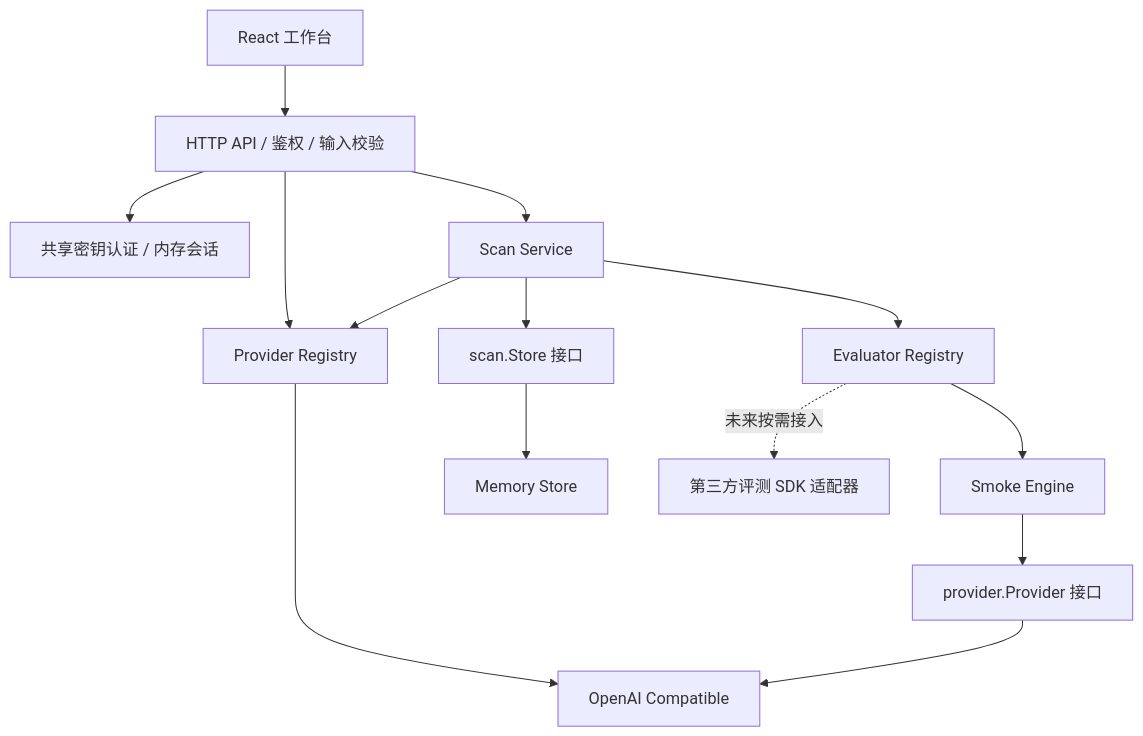
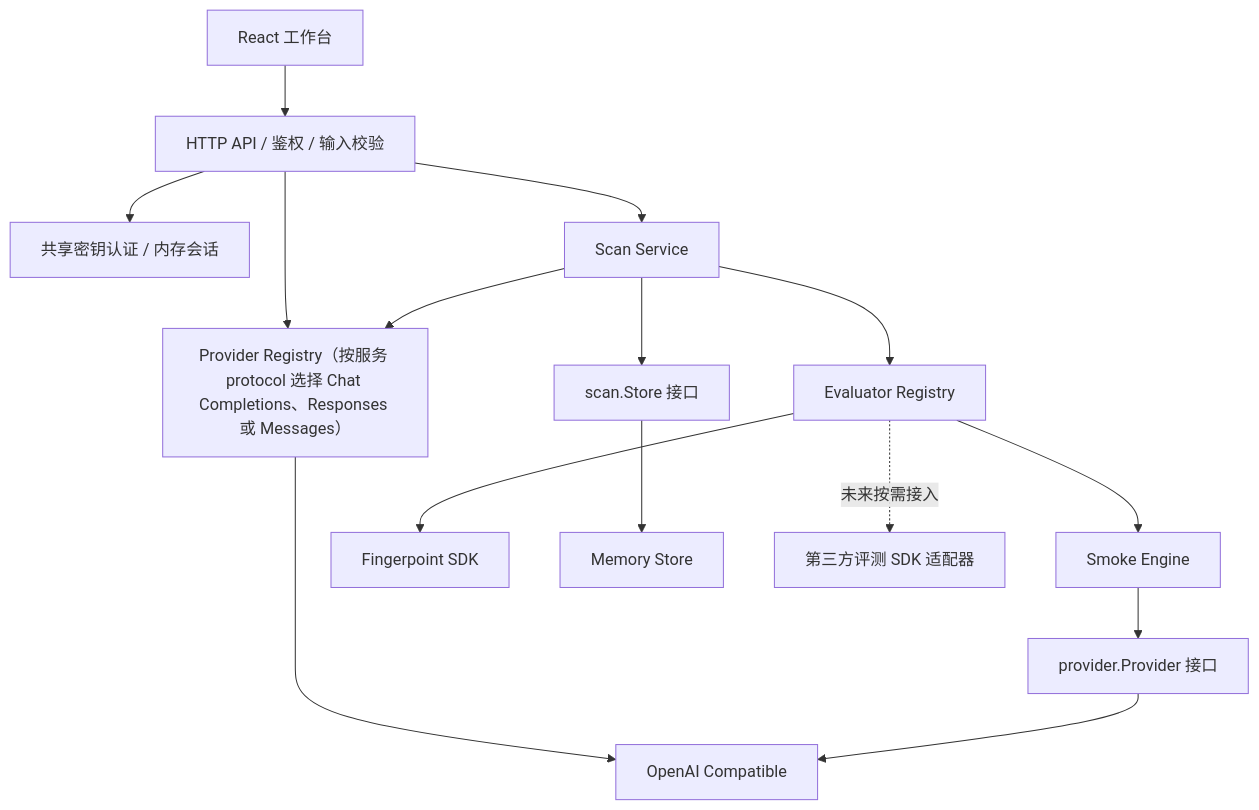
The diagram in docs/architecture.md (ikunycj/llm-detector), drawn with Mermaid before and after one commit. The commit also changed other lines of this file and 78 other files, not shown here.

````diff
--- a/docs/architecture.md
+++ b/docs/architecture.md
@@ -7,16 +7,17 @@
 ```mermaid
 flowchart TD
     UI[React 工作台] --> API[HTTP API / 鉴权 / 输入校验]
     API --> Auth[共享密钥认证 / 内存会话]
     API --> Scan[Scan Service]
-    API --> PR[Provider Registry]
+    API --> PR[Provider Registry（按服务 protocol 选择 Chat Completions、Responses 或 Messages）]
     Scan --> PR
     Scan --> ER[Evaluator Registry]
     PR --> HTTP[OpenAI Compatible]
     ER --> Smoke[Smoke Engine]
+    ER --> Fingerprint[Fingerpoint SDK]
     Smoke --> Contract[provider.Provider 接口]
     Contract --> HTTP
     Scan --> Store[scan.Store 接口]
     Store --> Memory[Memory Store]
     ER -. 未来按需接入 .-> SDK[第三方评测 SDK 适配器]
 ```
````
